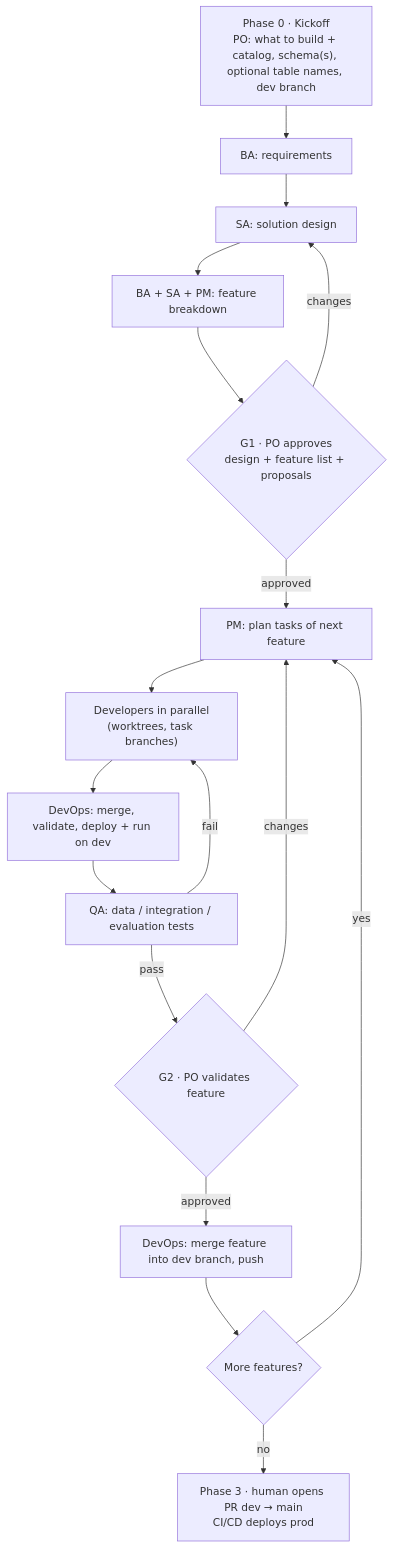
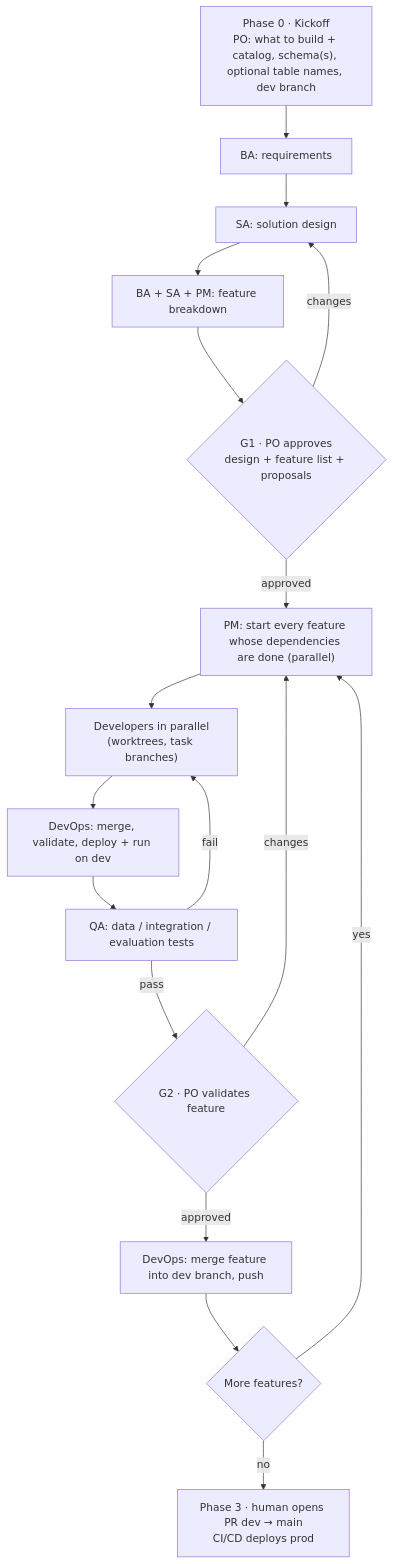
Before and after one commit to alessandro9110/deltaforce-ai: the diagram in docs/design.md, drawn with Mermaid. The commit also changed other lines of this file and 39 other files, not shown here.

````diff
--- a/docs/design.md
+++ b/docs/design.md
@@ -86,19 +86,19 @@
 ```mermaid
 flowchart TD
   K["Phase 0 · Kickoff<br/>PO: what to build + catalog, schema(s), optional table names, dev branch"] --> R[BA: requirements]
   R --> D[SA: solution design]
   D --> B[BA + SA + PM: feature breakdown]
   B --> G1{"G1 · PO approves<br/>design + feature list + proposals"}
   G1 -- changes --> D
-  G1 -- approved --> P[PM: plan tasks of next feature]
+  G1 -- approved --> P["PM: start every feature whose dependencies are done (parallel)"]
   P --> W["Developers in parallel<br/>(worktrees, task branches)"]
   W --> I["DevOps: merge, validate, deploy + run on dev"]
   I --> Q["QA: data / integration / evaluation tests"]
   Q -- fail --> W
   Q -- pass --> G2{"G2 · PO validates feature"}
   G2 -- changes --> P
   G2 -- approved --> M[DevOps: merge feature into dev branch, push]
   M --> N{More features?}
   N -- yes --> P
   N -- no --> H["Phase 3 · human opens PR dev → main<br/>CI/CD deploys prod"]
 ```
````
